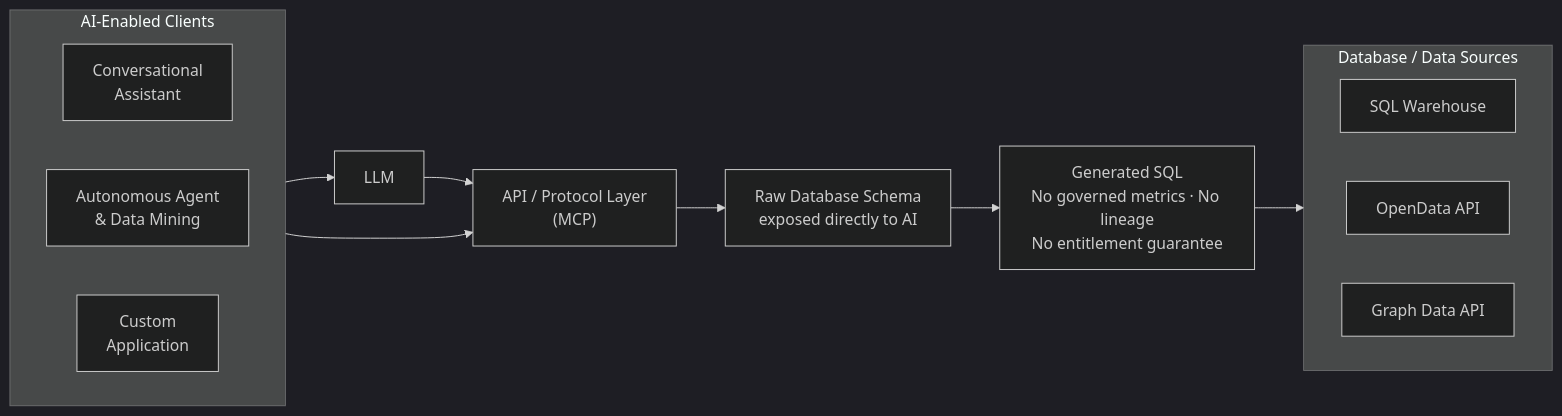
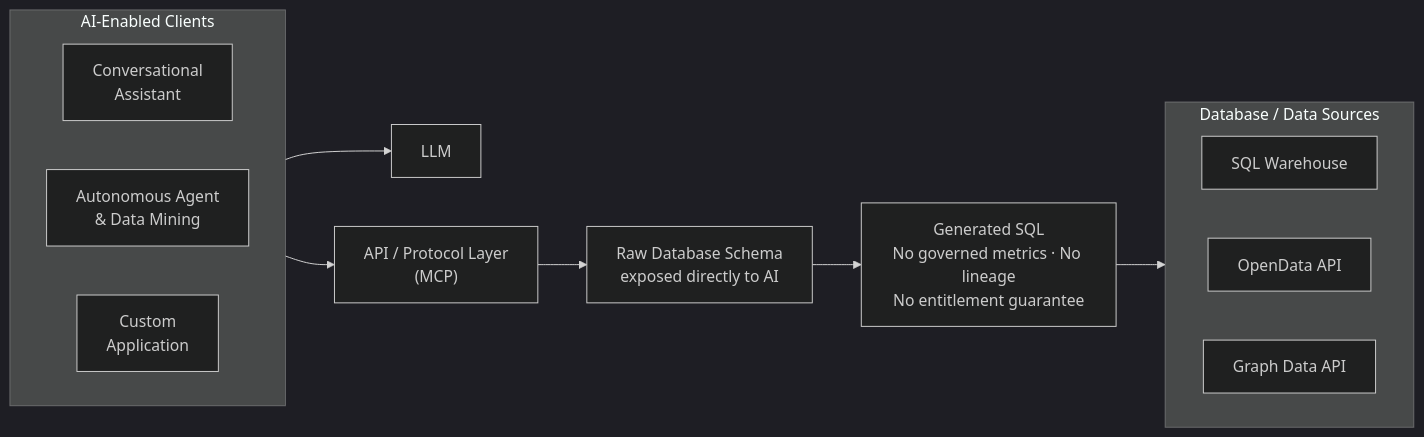
One commit to M-A-Operating-System/shared-work changed the first of 2 diagrams in docs/product/analytics/00-overview.md. Above: the diagram before and after it, drawn with Mermaid (dark theme). The commit also changed other lines of this file, not shown here.

Commit message:
docs(analytics): remove LLM -> MCP arrow from both diagrams
LLMs do not call MCP directly. The client uses the LLM for NL translation then submits the structured request to MCP itself.

https://claude.ai/code/session_012QCrGCsT9RdYkxWu5xzNAh

````diff
--- a/docs/product/analytics/00-overview.md
+++ b/docs/product/analytics/00-overview.md
@@ -114,25 +114,24 @@
 ```mermaid
 flowchart LR
     subgraph clients["AI-Enabled Clients"]
         direction LR
         C1["Conversational\nAssistant"]
         C2["Autonomous Agent\n& Data Mining"]
         C3["Custom\nApplication"]
     end
     L["LLM"]
     M["API / Protocol Layer\n(MCP)"]
     T1["Raw Database Schema\nexposed directly to AI"]
     T2["Generated SQL\nNo governed metrics · No lineage\nNo entitlement guarantee"]
     subgraph data["Database / Data Sources"]
         direction LR
         D1["SQL Warehouse"]
         D2["OpenData API"]
         D3["Graph Data API"]
     end
     clients --> L
     clients --> M
-    L --> M
     M --> T1
     T1 --> T2
     T2 --> data
 ```
````
